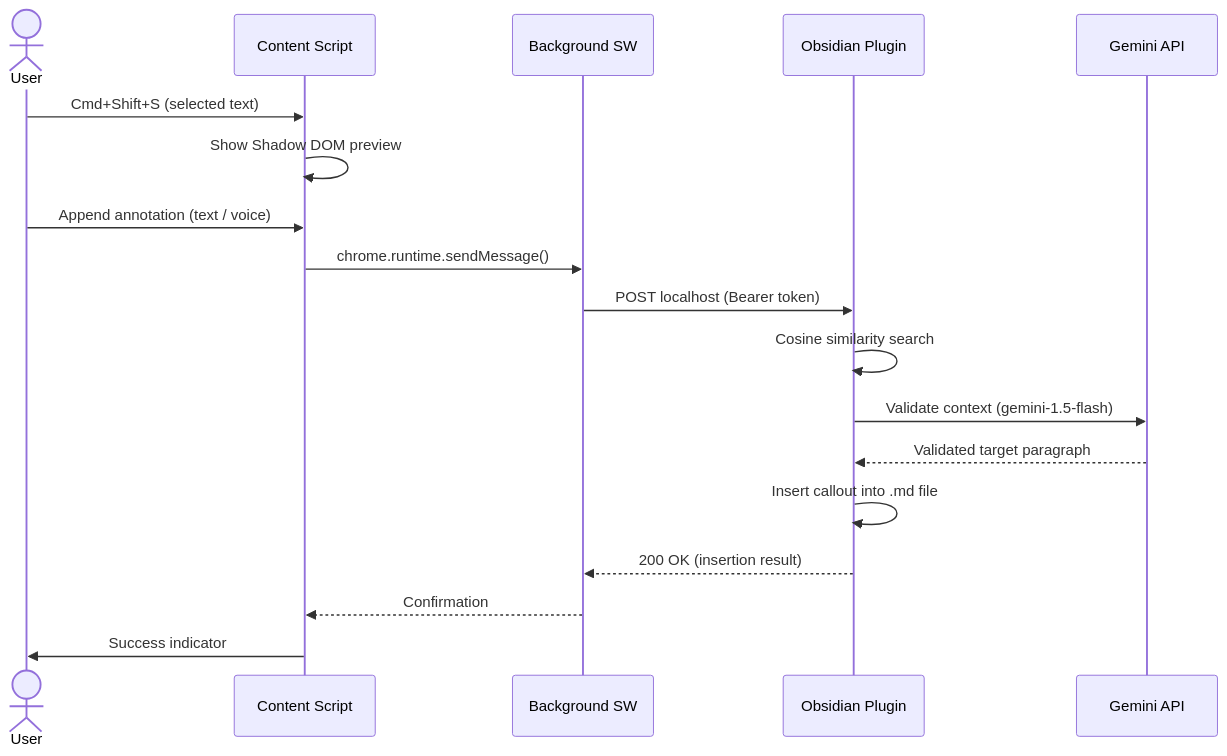
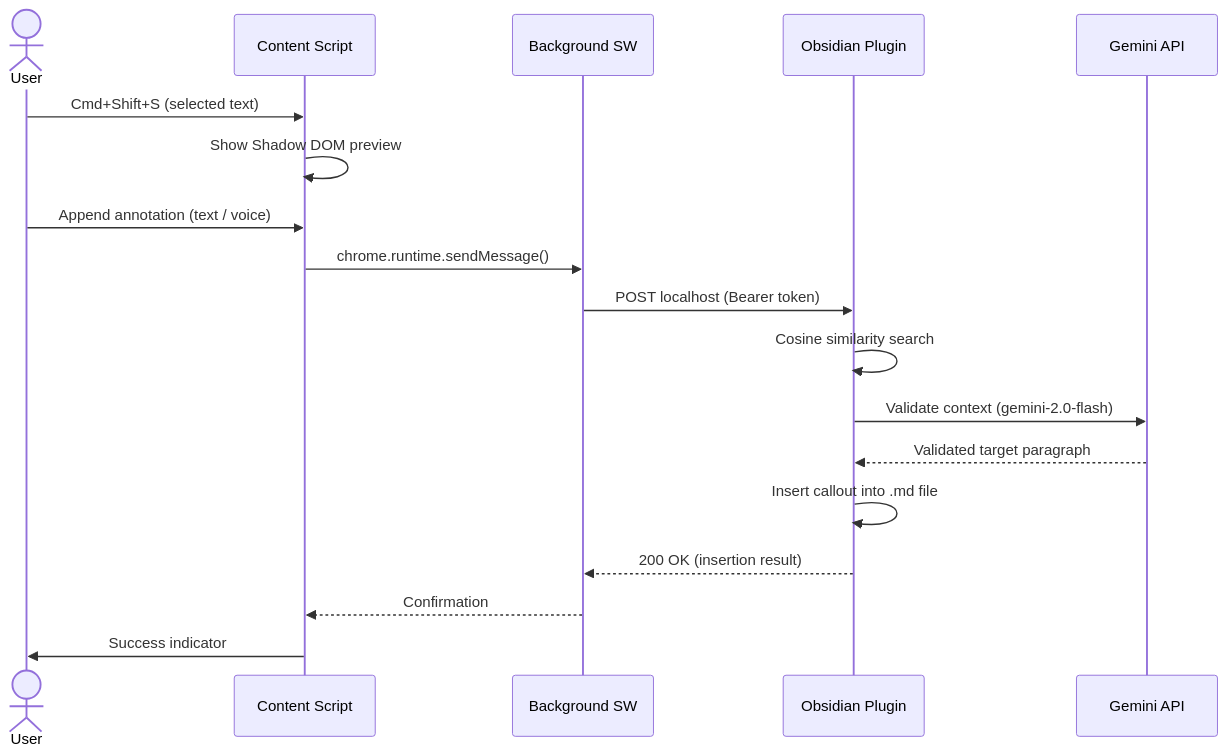
Before and after one commit to TomTroll/KnowledgeFlow: the diagram in WORKSPACE_README.md, drawn with Mermaid. The commit also changed other lines of this file and 23 other files, not shown here.

````diff
--- a/WORKSPACE_README.md
+++ b/WORKSPACE_README.md
@@ -51,21 +51,21 @@
 ```mermaid
 sequenceDiagram
     actor User
     participant CS as Content Script
     participant BG as Background SW
     participant OP as Obsidian Plugin
     participant AI as Gemini API
 
     User->>CS: Cmd+Shift+S (selected text)
     CS->>CS: Show Shadow DOM preview
     User->>CS: Append annotation (text / voice)
     CS->>BG: chrome.runtime.sendMessage()
     BG->>OP: POST localhost (Bearer token)
     OP->>OP: Cosine similarity search
-    OP->>AI: Validate context (gemini-1.5-flash)
+    OP->>AI: Validate context (gemini-2.0-flash)
     AI-->>OP: Validated target paragraph
     OP->>OP: Insert callout into .md file
     OP-->>BG: 200 OK (insertion result)
     BG-->>CS: Confirmation
     CS->>User: Success indicator
 ```
````
